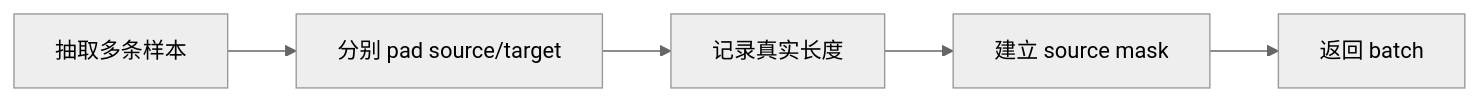
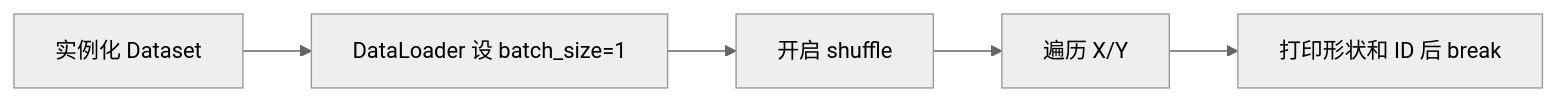
One commit to luyunix/nlp_study changed the first of 2 diagrams in notes/seq2seq-translation/08-dataloader.md. Above: the diagram before and after it, drawn with Mermaid (neutral theme). The commit also changed other lines of this file and 66 other files, not shown here.

````diff
--- a/notes/seq2seq-translation/08-dataloader.md
+++ b/notes/seq2seq-translation/08-dataloader.md
@@ -17,12 +17,12 @@
 ```mermaid
 flowchart LR
-    N0["抽取多条样本"]
-    N1["分别 pad source/target"]
-    N2["记录真实长度"]
-    N3["建立 source mask"]
-    N4["返回 batch"]
+    N0["实例化 Dataset"]
+    N1["DataLoader 设 batch_size=1"]
+    N2["开启 shuffle"]
+    N3["遍历 X/Y"]
+    N4["打印形状和 ID 后 break"]
     N0 --> N1
     N1 --> N2
     N2 --> N3
     N3 --> N4
 ```
````
